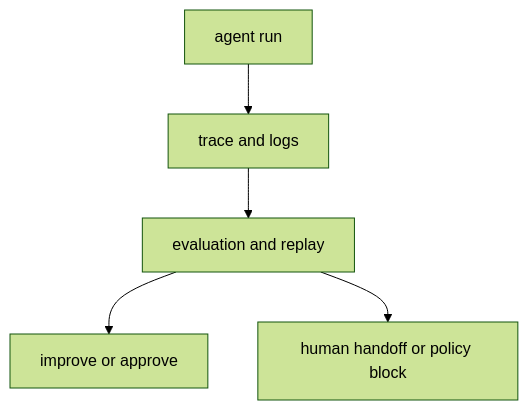
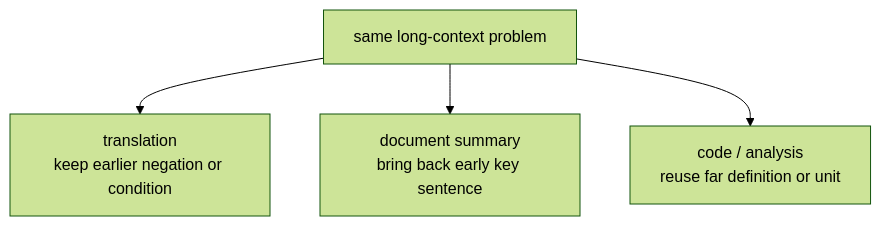
The second of 2 diagrams in docs/parts/part-05/chapter-14/section-02.md (devchan64/AiBook), drawn with Mermaid (forest theme) before and after one commit. The commit also changed other lines of this file and 213 other files, not shown here.

````diff
--- a/docs/parts/part-05/chapter-14/section-02.md
+++ b/docs/parts/part-05/chapter-14/section-02.md
@@ -162,13 +135,11 @@
 ```mermaid
 flowchart TD
-  A["agent run"]
-  B["trace and logs"]
-  C["evaluation and replay"]
-  D["improve or approve"]
-  E["human handoff or policy block"]
+  A["same long-context problem"]
+  B["translation<br/>keep earlier negation or condition"]
+  C["document summary<br/>bring back early key sentence"]
+  D["code / analysis<br/>reuse far definition or unit"]
 
   A --> B
-  B --> C
-  C --> D
-  C --> E
+  A --> C
+  A --> D
 ```
````
